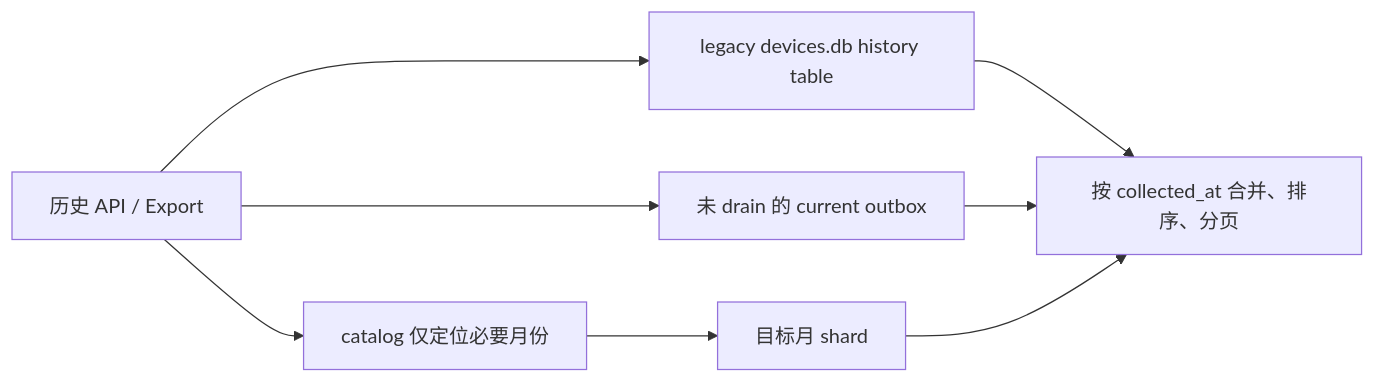
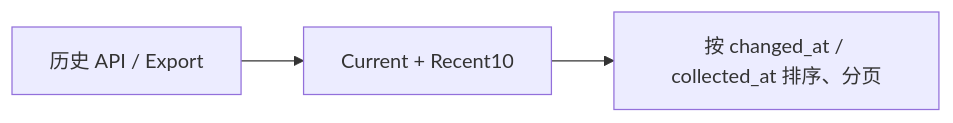
Before and after one commit to wxj183589/NetConsole: the second of 3 diagrams in docs/storage/DATA_LAYOUT.md, drawn with Mermaid. The commit also changed other lines of this file and 33 other files, not shown here.

First line of the commit message:
彻底退役 Legacy HistoryStore

````diff
--- a/docs/storage/DATA_LAYOUT.md
+++ b/docs/storage/DATA_LAYOUT.md
@@ -124,10 +112,5 @@
 ```mermaid
 flowchart LR
-    Q["历史 API / Export"] --> L["legacy devices.db history table"]
-    Q --> O["未 drain 的 current outbox"]
-    Q --> K["catalog 仅定位必要月份"]
-    K --> M["目标月 shard"]
-    L --> R["按 collected_at 合并、排序、分页"]
-    O --> R
-    M --> R
+    Q["历史 API / Export"] --> C["Current + Recent10"]
+    C --> R["按 changed_at / collected_at 排序、分页"]
 ```
````
